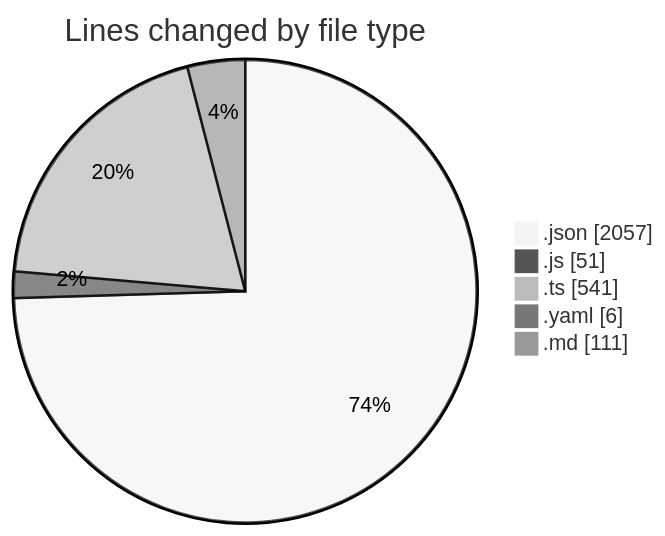
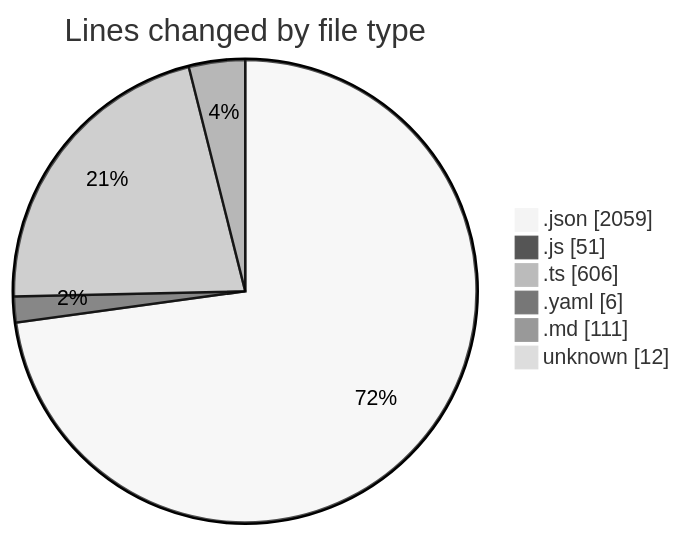
The first of 2 diagrams in 2024-12-29/my-code-activity-ext/README.md (ernivani/code-tracking), drawn with Mermaid (neutral theme) before and after one commit. The commit also changed other lines of this file and 2 other files, not shown here.

````diff
--- a/2024-12-29/my-code-activity-ext/README.md
+++ b/2024-12-29/my-code-activity-ext/README.md
@@ -31,9 +32,10 @@
 ```mermaid
 pie showData
 title Lines changed by file type
-".json" : 2057
+".json" : 2059
 ".js" : 51
-".ts" : 541
+".ts" : 606
 ".yaml" : 6
 ".md" : 111
+"unknown" : 12
 ```
````
